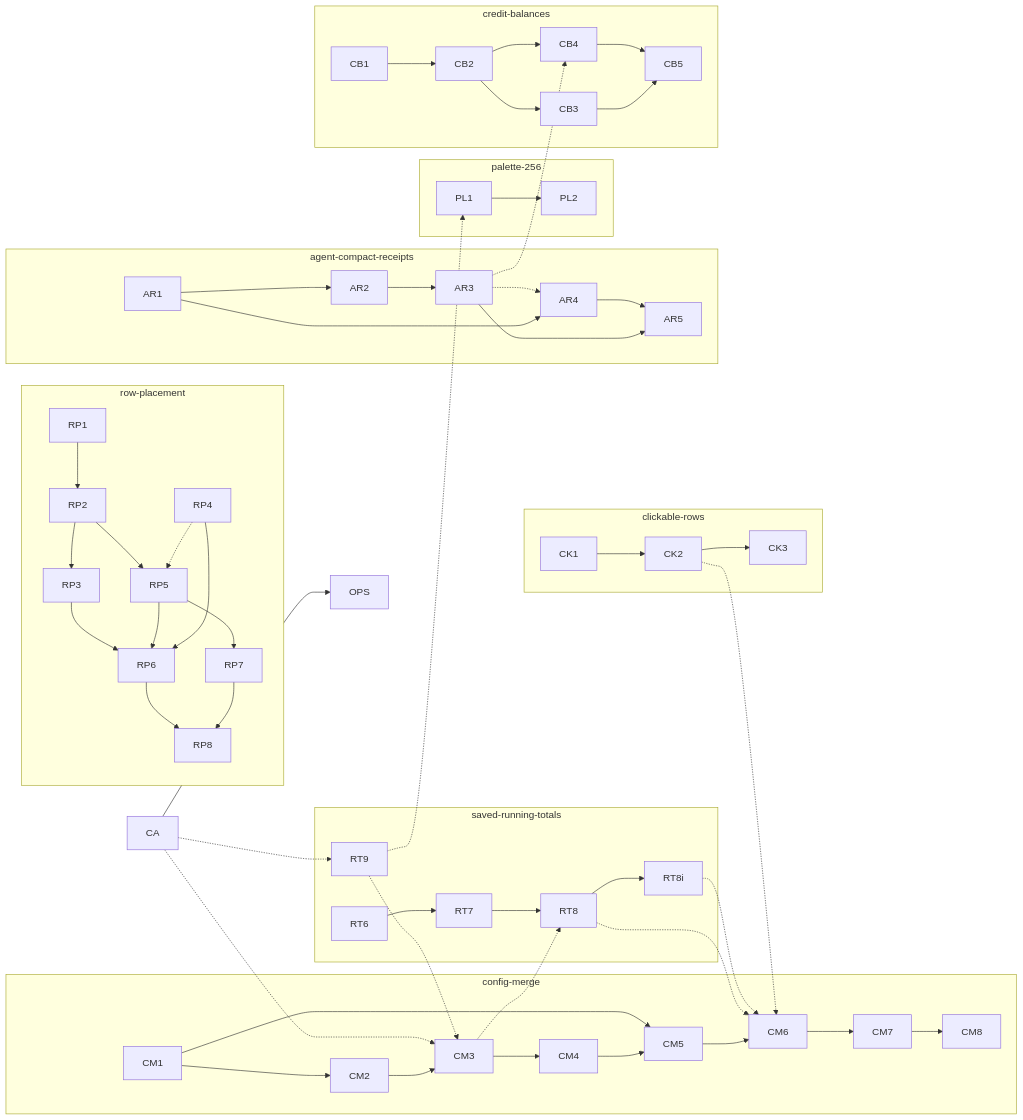
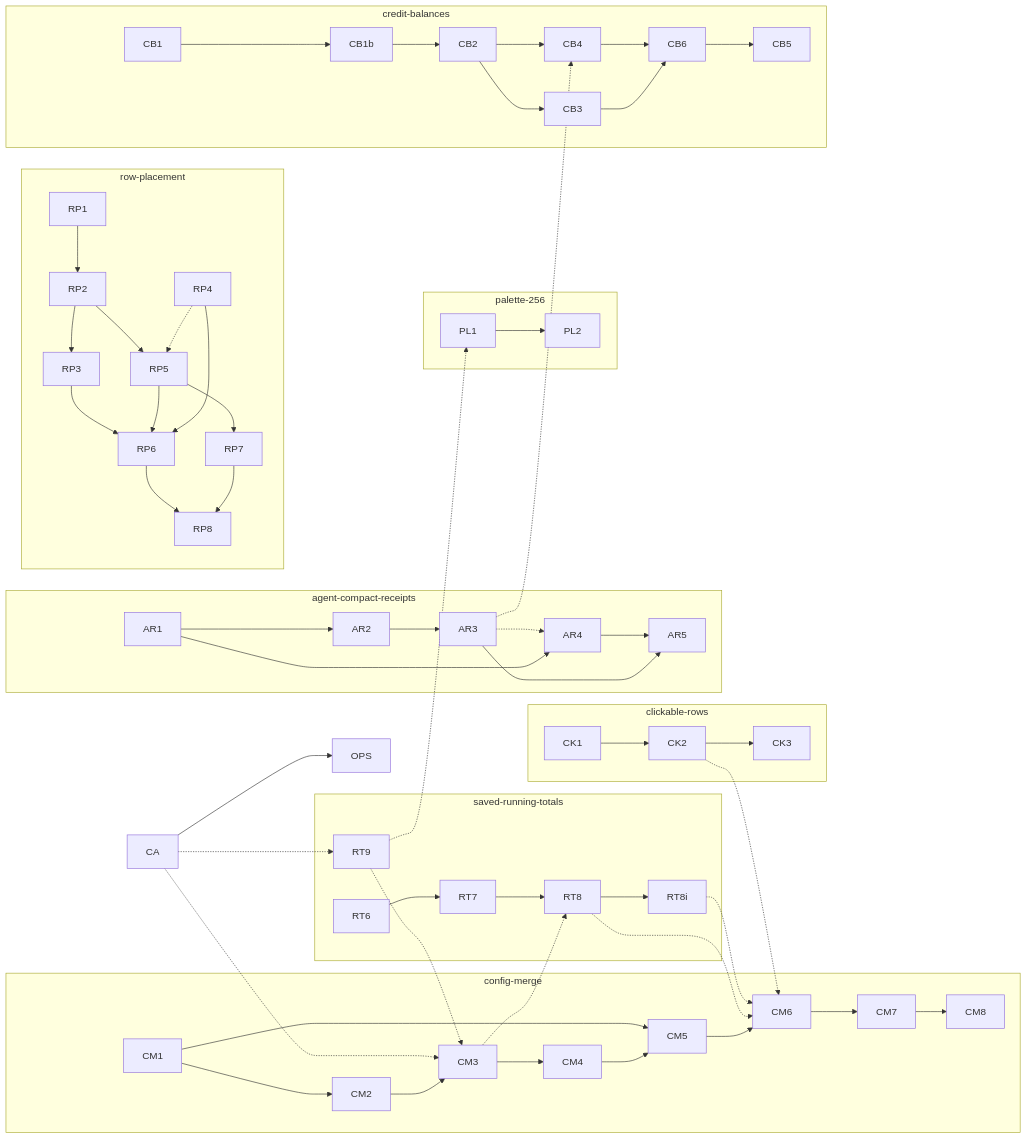
The diagram in agents/plans/_schedule.md (nhooey/claude-code-usage-statusline), drawn with Mermaid before and after one commit. The commit also changed other lines of this file and 1 other file, not shown here.

````diff
--- a/agents/plans/_schedule.md
+++ b/agents/plans/_schedule.md
@@ -88,45 +90,45 @@
 ```mermaid
 flowchart LR
   subgraph config-merge
     CM1 --> CM2 --> CM3 --> CM4 --> CM5 --> CM6 --> CM7 --> CM8
     CM1 --> CM5
   end
   subgraph saved-running-totals
     RT6 --> RT7 --> RT8 --> RT8i
     RT9
   end
   CA -.-> CM3
   CA -.-> RT9
   RT9 -.-> CM3
   CM3 -.-> RT8
   RT8 -.-> CM6
   RT8i -.-> CM6
   CA --> OPS
   subgraph clickable-rows
     CK1 --> CK2 --> CK3
   end
   subgraph palette-256
     PL1 --> PL2
   end
   CK2 -.-> CM6
   RT9 -.-> PL1
   subgraph row-placement
     RP1 --> RP2 --> RP3 --> RP6
     RP2 --> RP5 --> RP6
     RP4 --> RP6
     RP5 --> RP7
     RP6 --> RP8
     RP7 --> RP8
   end
   subgraph agent-compact-receipts
     AR1 --> AR2 --> AR3 --> AR5
     AR1 --> AR4 --> AR5
   end
   subgraph credit-balances
-    CB1 --> CB2 --> CB3 --> CB5
-    CB2 --> CB4 --> CB5
+    CB1 --> CB1b --> CB2 --> CB3 --> CB6 --> CB5
+    CB2 --> CB4 --> CB6
   end
   AR3 -.-> AR4
   AR3 -.-> CB4
   RP4 -.-> RP5
 ```
````
